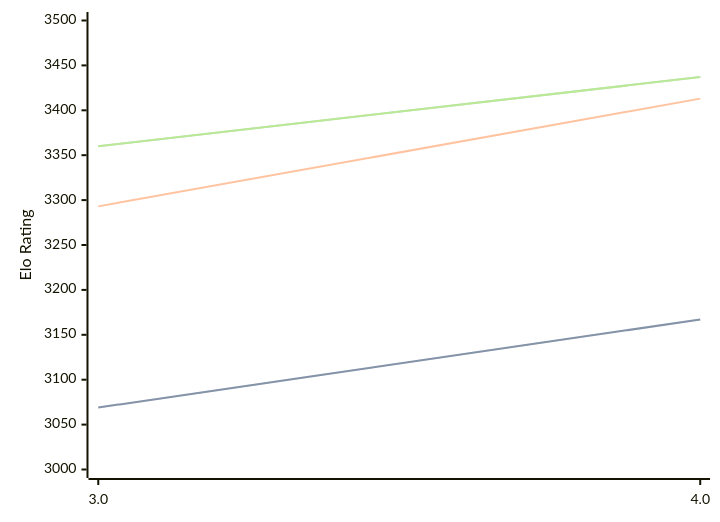
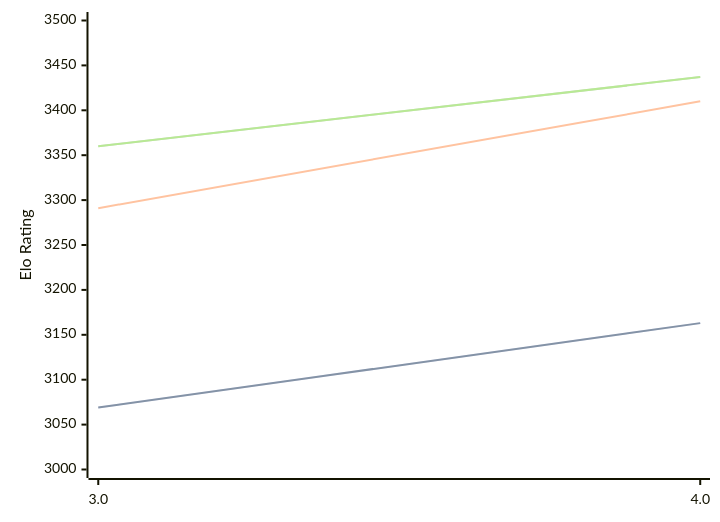
One commit to computer-chess-index/cci changed the diagram in engines/Eleanor.md. Above: the diagram before and after it, drawn with Mermaid. The commit also changed other lines of this file, not shown here.

Commit message:
Update CCI Ratings (ELO VLTC) - 2026-04-20

````diff
--- a/engines/Eleanor.md
+++ b/engines/Eleanor.md
@@ -34,11 +34,11 @@
 ```mermaid
 %%{init: {"theme":"base","themeVariables":{"seriesColors:['#a3a3a3','#222221','#faa371']}}}%%
 xychart-beta
   x-axis ["3.0", "4.0"]
   y-axis "Elo Rating" 3000 --> 3500
-  line "STC (8.0+0.08s)" [3069, 3167]
-  line "STC (8.0+0.08s)" [3069, 3167]
-  line "LTC (60.0+0.60s)" [3293, 3413]
+  line "STC (8.0+0.08s)" [3069, 3163]
+  line "STC (8.0+0.08s)" [3069, 3163]
+  line "LTC (60.0+0.60s)" [3291, 3410]
   line "VLTC (2m24s+1.12s)" [3360, 3437]
   line "VLTC (2m24s+1.12s)" [3360, 3437]
 ```
````
